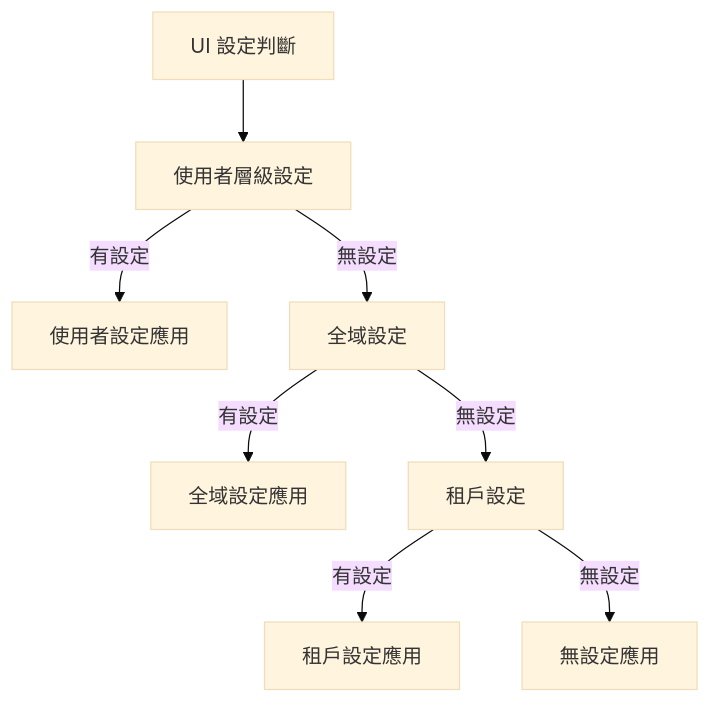
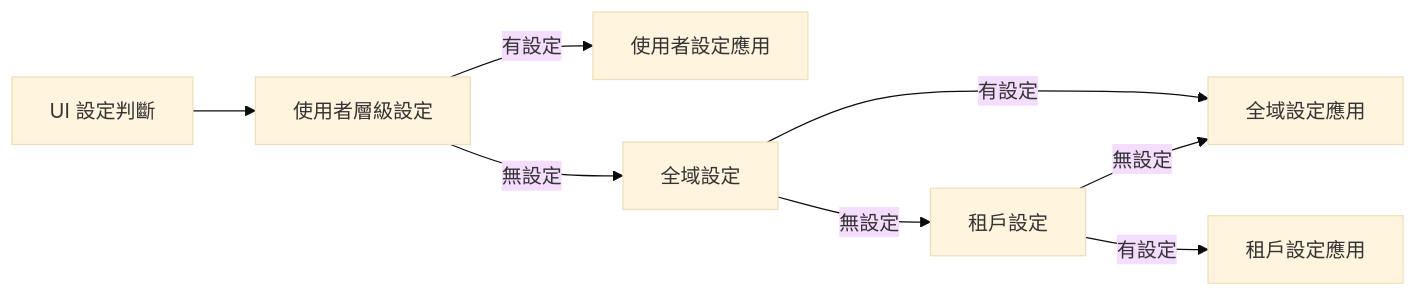
Before and after one commit to jakeuj/writerside: the diagram in Writerside/topics/SettingUi.md, drawn with Mermaid (base theme). The commit also changed other lines of this file, not shown here.

Commit message:
📚 文件: 更新 `SettingUi.md` 中的 mermaid 圖表方向和代碼格式

````diff
--- a/Writerside/topics/SettingUi.md
+++ b/Writerside/topics/SettingUi.md
@@ -26,10 +26,10 @@
 ```mermaid
-graph TD
+graph LR
     A[UI 設定判斷] --> B[使用者層級設定]
     B -->|有設定| C[使用者設定應用]
     B -->|無設定| D[全域設定]
     D -->|有設定| E[全域設定應用]
     D -->|無設定| F[租戶設定]
     F -->|有設定| G[租戶設定應用]
-    F -->|無設定| H[無設定應用]
+    F -->|無設定| E
 ```
````
